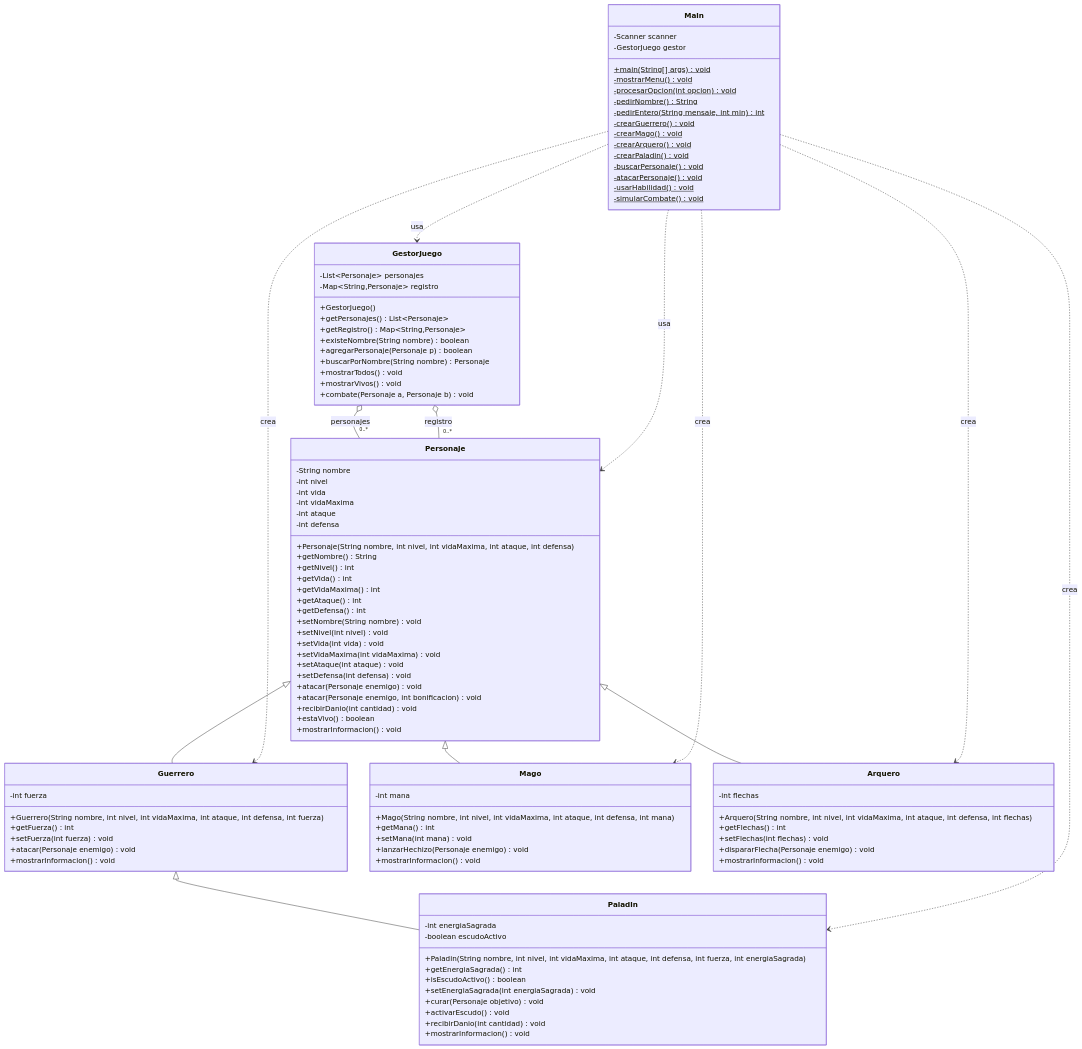
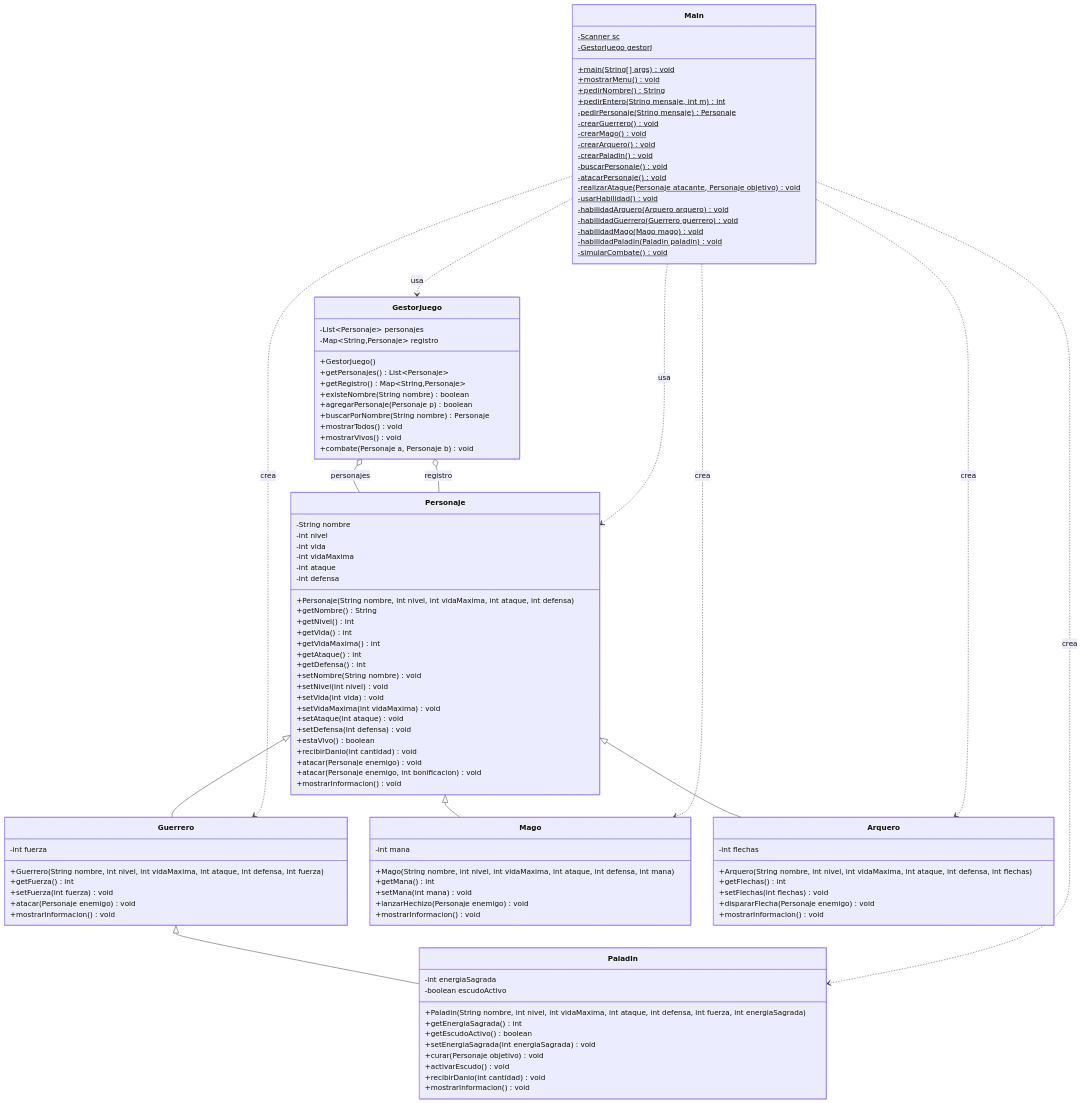
The diagram in README.md (MelvaSuarez29/videojuego-Batalla-Reinos), drawn with Mermaid before and after one commit. The commit also changed other lines of this file, not shown here.

Commit message:
Actualización README.md

````diff
--- a/README.md
+++ b/README.md
@@ -102,111 +127,116 @@
     Personaje <|-- Arquero
     Guerrero <|-- Paladin
 
-GestorJuego o-- "0..*" Personaje : personajes
-GestorJuego o-- "0..*" Personaje : registro
-Main ..> GestorJuego : usa
-Main ..> Personaje : usa
-Main ..> Guerrero : crea
-Main ..> Mago : crea
-Main ..> Arquero : crea
-Main ..> Paladin : crea
+    GestorJuego o--  Personaje : personajes
+    GestorJuego o--  Personaje : registro
+    Main ..> GestorJuego : usa
+    Main ..> Personaje : usa
+    Main ..> Guerrero : crea
+    Main ..> Mago : crea
+    Main ..> Arquero : crea
+    Main ..> Paladin : crea
 
-class Personaje {
--String nombre
--int nivel
--int vida
--int vidaMaxima
--int ataque
--int defensa
-+Personaje(String nombre, int nivel, int vidaMaxima, int ataque, int defensa)
-+getNombre() String
-+getNivel() int
-+getVida() int
-+getVidaMaxima() int
-+getAtaque() int
-+getDefensa() int
-+setNombre(String nombre) void
-+setNivel(int nivel) void
-+setVida(int vida) void
-+setVidaMaxima(int vidaMaxima) void
-+setAtaque(int ataque) void
-+setDefensa(int defensa) void
-+atacar(Personaje enemigo) void
-+atacar(Personaje enemigo, int bonificacion) void
-+recibirDanio(int cantidad) void
-+estaVivo() boolean
-+mostrarInformacion() void
-}
+    class Personaje {
+        -String nombre
+        -int nivel
+        -int vida
+        -int vidaMaxima
+        -int ataque
+        -int defensa
+        +Personaje(String nombre, int nivel, int vidaMaxima, int ataque, int defensa)
+        +getNombre() String
+        +getNivel() int
+        +getVida() int
+        +getVidaMaxima() int
+        +getAtaque() int
+        +getDefensa() int
+        +setNombre(String nombre) void
+        +setNivel(int nivel) void
+        +setVida(int vida) void
+        +setVidaMaxima(int vidaMaxima) void
+        +setAtaque(int ataque) void
+        +setDefensa(int defensa) void
+        +estaVivo() boolean
+        +recibirDanio(int cantidad) void
+        +atacar(Personaje enemigo) void
+        +atacar(Personaje enemigo, int bonificacion) void
+        +mostrarInformacion() void
+    }
 
-class Guerrero {
--int fuerza
-+Guerrero(String nombre, int nivel, int vidaMaxima, int ataque, int defensa, int fuerza)
-+getFuerza() int
-+setFuerza(int fuerza) void
-+atacar(Personaje enemigo) void
-+mostrarInformacion() void
-}
+    class Guerrero {
+        -int fuerza
+        +Guerrero(String nombre, int nivel, int vidaMaxima, int ataque, int defensa, int fuerza)
+        +getFuerza() int
+        +setFuerza(int fuerza) void
+        +atacar(Personaje enemigo) void
+        +mostrarInformacion() void
+    }
 
-class Mago {
--int mana
-+Mago(String nombre, int nivel, int vidaMaxima, int ataque, int defensa, int mana)
-+getMana() int
-+setMana(int mana) void
-+lanzarHechizo(Personaje enemigo) void
-+mostrarInformacion() void
-}
+    class Mago {
+        -int mana
+        +Mago(String nombre, int nivel, int vidaMaxima, int ataque, int defensa, int mana)
+        +getMana() int
+        +setMana(int mana) void
+        +lanzarHechizo(Personaje enemigo) void
+        +mostrarInformacion() void
+    }
 
-class Arquero {
--int flechas
-+Arquero(String nombre, int nivel, int vidaMaxima, int ataque, int defensa, int flechas)
-+getFlechas() int
-+setFlechas(int flechas) void
-+dispararFlecha(Personaje enemigo) void
-+mostrarInformacion() void
-}
+    class Arquero {
+        -int flechas
+        +Arquero(String nombre, int nivel, int vidaMaxima, int ataque, int defensa, int flechas)
+        +getFlechas() int
+        +setFlechas(int flechas) void
+        +dispararFlecha(Personaje enemigo) void
+        +mostrarInformacion() void
+    }
 
-class Paladin {
--int energiaSagrada
--boolean escudoActivo
-+Paladin(String nombre, int nivel, int vidaMaxima, int ataque, int defensa, int fuerza, int energiaSagrada)
-+getEnergiaSagrada() int
-+isEscudoActivo() boolean
-+setEnergiaSagrada(int energiaSagrada) void
-+curar(Personaje objetivo) void
-+activarEscudo() void
-+recibirDanio(int cantidad) void
-+mostrarInformacion() void
-}
+    class Paladin {
+        -int energiaSagrada
+        -boolean escudoActivo
+        +Paladin(String nombre, int nivel, int vidaMaxima, int ataque, int defensa, int fuerza, int energiaSagrada)
+        +getEnergiaSagrada() int
+        +getEscudoActivo() boolean
+        +setEnergiaSagrada(int energiaSagrada) void
+        +curar(Personaje objetivo) void
+        +activarEscudo() void
+        +recibirDanio(int cantidad) void
+        +mostrarInformacion() void
+    }
 
-class GestorJuego {
--List~Personaje~ personajes
--Map~String,Personaje~ registro
-+GestorJuego()
-+getPersonajes() List~Personaje~
-+getRegistro() Map~String,Personaje~
-+existeNombre(String nombre) boolean
-+agregarPersonaje(Personaje p) boolean
-+buscarPorNombre(String nombre) Personaje
-+mostrarTodos() void
-+mostrarVivos() void
-+combate(Personaje a, Personaje b) void
-}
+    class GestorJuego {
+        -List~Personaje~ personajes
+        -Map~String,Personaje~ registro
+        +GestorJuego()
+        +getPersonajes() List~Personaje~
+        +getRegistro() Map~String,Personaje~
+        +existeNombre(String nombre) boolean
+        +agregarPersonaje(Personaje p) boolean
+        +buscarPorNombre(String nombre) Personaje
+        +mostrarTodos() void
+        +mostrarVivos() void
+        +combate(Personaje a, Personaje b) void
+    }
 
-class Main {
--Scanner scanner
--GestorJuego gestor
-+main(String[] args) void$
--mostrarMenu() void$
--procesarOpcion(int opcion) void$
--pedirNombre() String$
--pedirEntero(String mensaje, int min) int$
--crearGuerrero() void$
--crearMago() void$
--crearArquero() void$
--crearPaladin() void$
--buscarPersonaje() void$
--atacarPersonaje() void$
--usarHabilidad() void$
--simularCombate() void$
+    class Main {
+        -Scanner sc$
+        -GestorJuego gestorJ$
+        +main(String[] args) void$
+        +mostrarMenu() void$
+        +pedirNombre() String$
+        +pedirEntero(String mensaje, int m) int$
+        -pedirPersonaje(String mensaje) Personaje$
+        -crearGuerrero() void$
+        -crearMago() void$
+        -crearArquero() void$
+        -crearPaladin() void$
+        -buscarPersonaje() void$
+        -atacarPersonaje() void$
+        -realizarAtaque(Personaje atacante, Personaje objetivo) void$
+        -usarHabilidad() void$
+        -habilidadArquero(Arquero arquero) void$
+        -habilidadGuerrero(Guerrero guerrero) void$
+        -habilidadMago(Mago mago) void$
+        -habilidadPaladin(Paladin paladin) void$
+        -simularCombate() void$
     }
 ```
````
